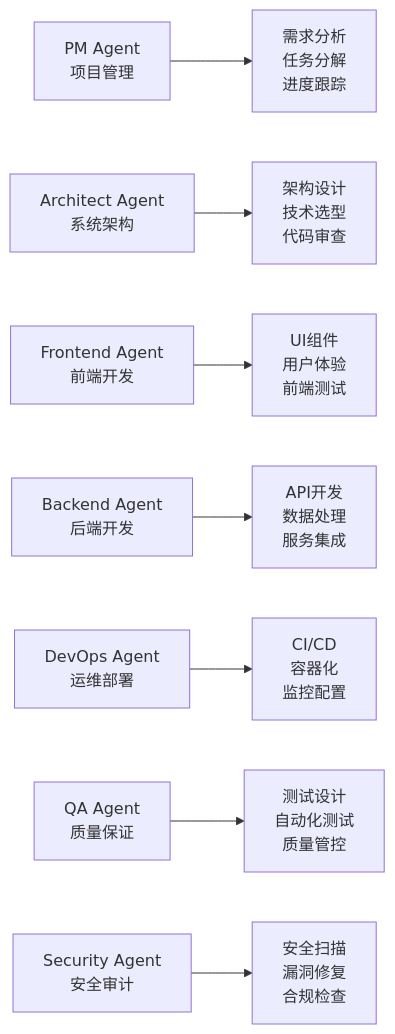
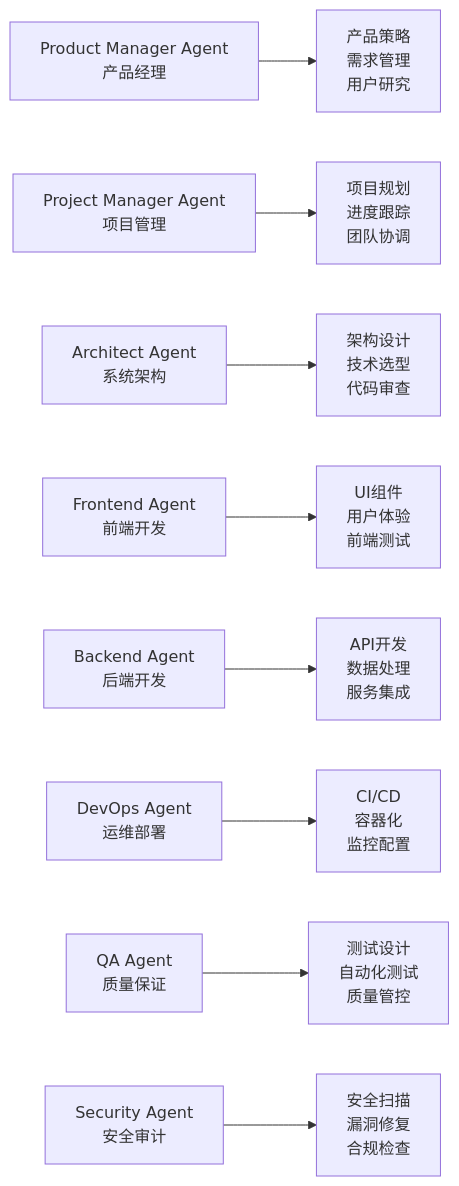
One commit to quboqin/template-agenticide-vibecoding changed the second of 5 diagrams in README.md. Above: the diagram before and after it, drawn with Mermaid. The commit also changed other lines of this file and 1 other file, not shown here.

First line of the commit message:
refactor: 移除旧的PM Agent，完善新管理型Agent集成

````diff
--- a/README.md
+++ b/README.md
@@ -65,10 +66,11 @@
 ```mermaid
 graph LR
-    A[PM Agent<br/>项目管理] --> B[需求分析<br/>任务分解<br/>进度跟踪]
-    C[Architect Agent<br/>系统架构] --> D[架构设计<br/>技术选型<br/>代码审查]
-    E[Frontend Agent<br/>前端开发] --> F[UI组件<br/>用户体验<br/>前端测试]
-    G[Backend Agent<br/>后端开发] --> H[API开发<br/>数据处理<br/>服务集成]
-    I[DevOps Agent<br/>运维部署] --> J[CI/CD<br/>容器化<br/>监控配置]
-    K[QA Agent<br/>质量保证] --> L[测试设计<br/>自动化测试<br/>质量管控]
-    M[Security Agent<br/>安全审计] --> N[安全扫描<br/>漏洞修复<br/>合规检查]
+    A[Product Manager Agent<br/>产品经理] --> B[产品策略<br/>需求管理<br/>用户研究]
+    C[Project Manager Agent<br/>项目管理] --> D[项目规划<br/>进度跟踪<br/>团队协调]
+    E[Architect Agent<br/>系统架构] --> F[架构设计<br/>技术选型<br/>代码审查]
+    G[Frontend Agent<br/>前端开发] --> H[UI组件<br/>用户体验<br/>前端测试]
+    I[Backend Agent<br/>后端开发] --> J[API开发<br/>数据处理<br/>服务集成]
+    K[DevOps Agent<br/>运维部署] --> L[CI/CD<br/>容器化<br/>监控配置]
+    M[QA Agent<br/>质量保证] --> N[测试设计<br/>自动化测试<br/>质量管控]
+    O[Security Agent<br/>安全审计] --> P[安全扫描<br/>漏洞修复<br/>合规检查]
 ```
````
